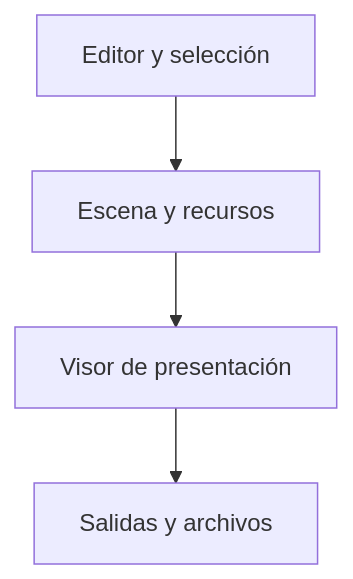
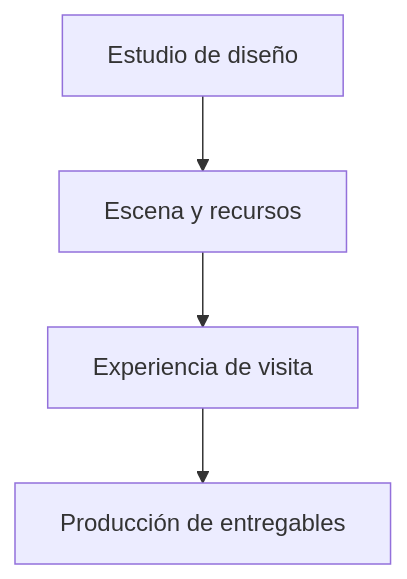
Before and after one commit to calinrus-dev/atelier-3d-showcase: the diagram in docs/ARQUITECTURA.md, drawn with Mermaid. The commit also changed other lines of this file and 9 other files, not shown here.

````diff
--- a/docs/ARQUITECTURA.md
+++ b/docs/ARQUITECTURA.md
@@ -15,6 +15,6 @@
 ```mermaid
 flowchart TD
-    A["Editor y selección"] --> B["Escena y recursos"]
-    B --> C["Visor de presentación"]
-    C --> D["Salidas y archivos"]
+    A["Estudio de diseño"] --> B["Escena y recursos"]
+    B --> C["Experiencia de visita"]
+    C --> D["Producción de entregables"]
 ```
````
